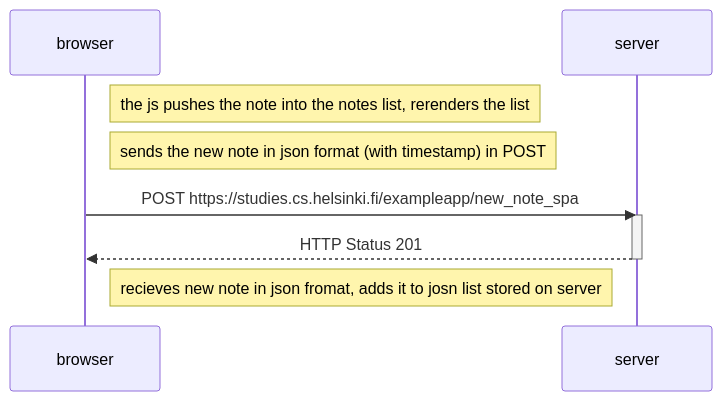
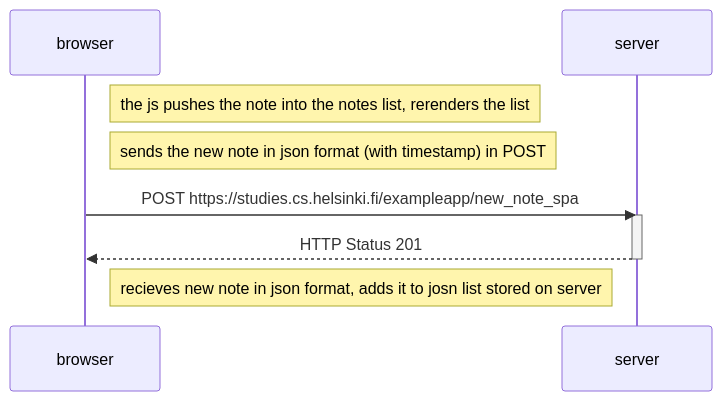
Before and after one commit to Nark-arch/Full-Stack-Open-Coursework: the diagram in part0/0.6 SPA note post.Markdown, drawn with Mermaid.

Commit message:
Update 0.6 SPA note post.Markdown

````diff
--- a/part0/0.6 SPA note post.Markdown
+++ b/part0/0.6 SPA note post.Markdown
@@ -1,12 +1,12 @@
 ```mermaid
     sequenceDiagram 
         participant browser
         participant server
         note right of browser: the js pushes the note into the notes list, rerenders the list
         note right of browser: sends the new note in json format (with timestamp) in POST
         browser ->> server: POST https://studies.cs.helsinki.fi/exampleapp/new_note_spa
         activate server
         server -->> browser: HTTP Status 201
         deactivate server
-        note left of server: recieves new note in json fromat, adds it to josn list stored on server
+        note left of server: recieves new note in json format, adds it to josn list stored on server
 ```
````
